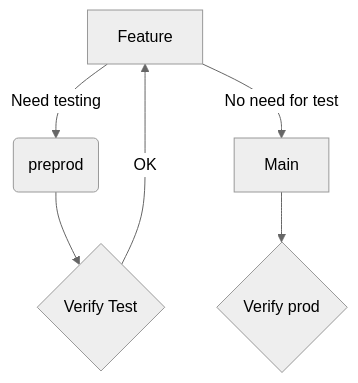
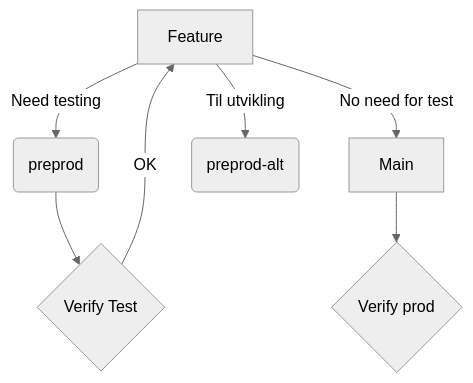
The diagram in docs/pipelines.md (navikt/sendsoknad-boot), drawn with Mermaid (neutral theme) before and after one commit.

Commit message:
Lagt til altmiljø

````diff
--- a/docs/pipelines.md
+++ b/docs/pipelines.md
@@ -8,8 +8,9 @@
 ```mermaid
 flowchart TD
     A[Feature] -->|Need testing| B(preprod)
     B --> C{Verify Test}
     A -->|No need for test| D[Main]
     D --> E{Verify prod}
     C --> |OK| A  
+    A -->|Til utvikling|F(preprod-alt)
 ```
````
